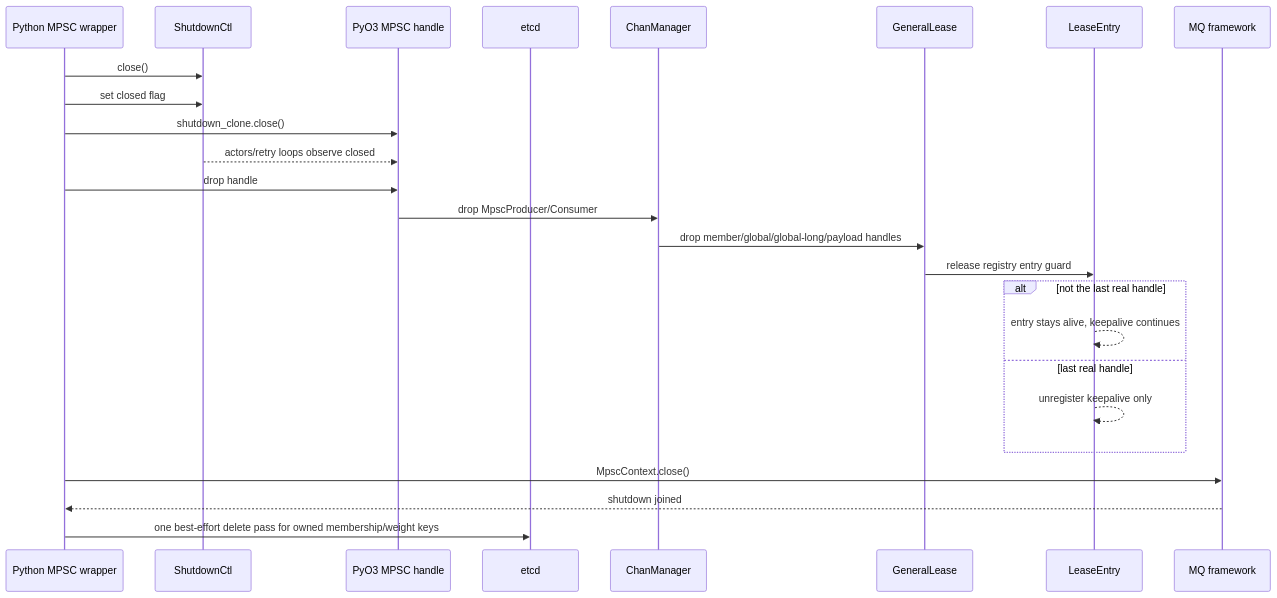
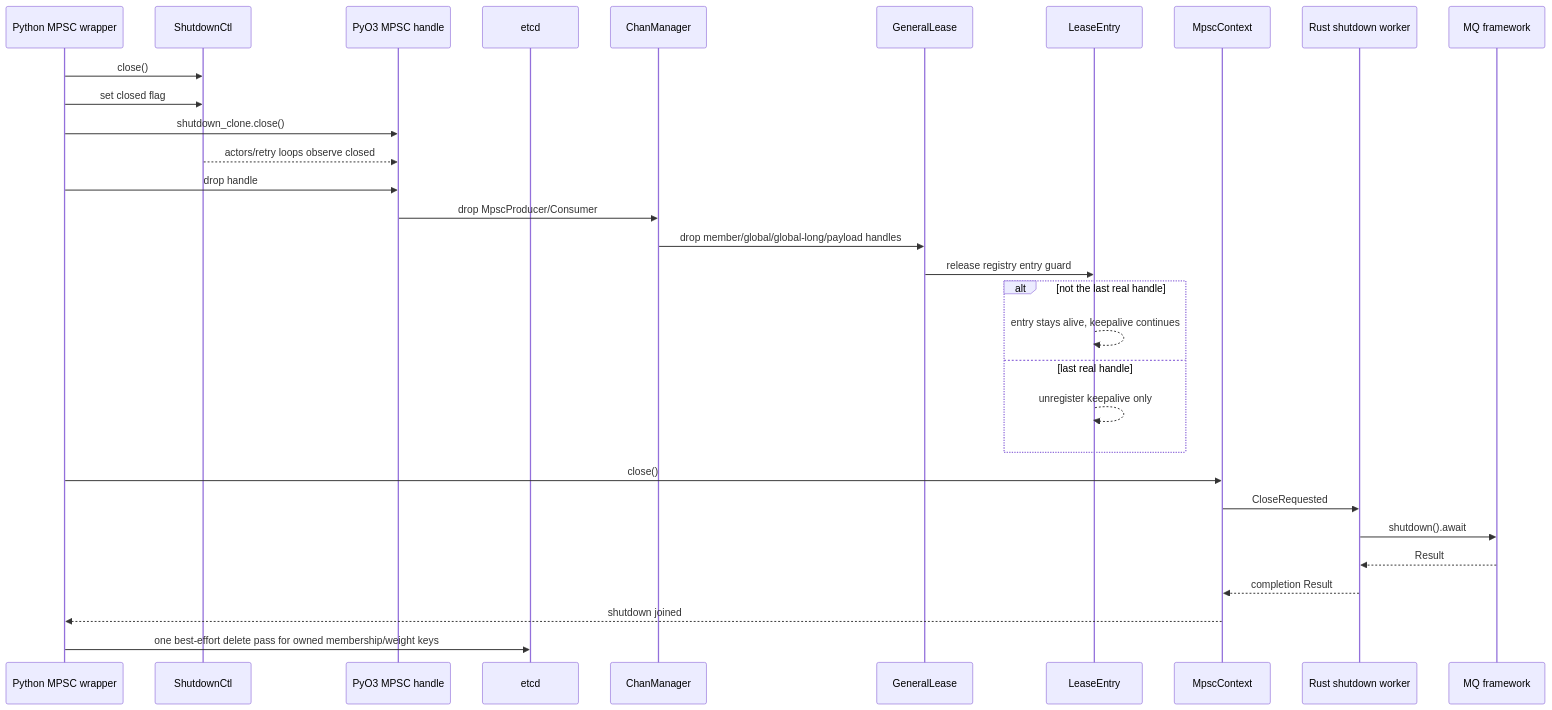
Before and after one commit to Tele-AI/Fluxon: the tenth of 11 diagrams in fluxon_doc_cn/design/mq_1_生命周期与租约设计.md, drawn with Mermaid. The commit also changed other lines of this file and 17 other files, not shown here.

````diff
--- a/fluxon_doc_cn/design/mq_1_生命周期与租约设计.md
+++ b/fluxon_doc_cn/design/mq_1_生命周期与租约设计.md
@@ -485,28 +529,34 @@
 ```mermaid
 sequenceDiagram
     participant Py as Python MPSC wrapper
     participant S as ShutdownCtl
     participant H as PyO3 MPSC handle
     participant E as etcd
     participant CM as ChanManager
     participant GL as GeneralLease
     participant LE as LeaseEntry
+    participant Ctx as MpscContext
+    participant W as Rust shutdown worker
     participant FW as MQ framework
 
     Py->>S: close()
     Py->>S: set closed flag
     Py->>H: shutdown_clone.close()
     S-->>H: actors/retry loops observe closed
     Py->>H: drop handle
     H->>CM: drop MpscProducer/Consumer
     CM->>GL: drop member/global/global-long/payload handles
     GL->>LE: release registry entry guard
     alt not the last real handle
         LE-->>LE: entry stays alive, keepalive continues
     else last real handle
         LE-->>LE: unregister keepalive only
     end
-    Py->>FW: MpscContext.close()
-    FW-->>Py: shutdown joined
+    Py->>Ctx: close()
+    Ctx->>W: CloseRequested
+    W->>FW: shutdown().await
+    FW-->>W: Result
+    W-->>Ctx: completion Result
+    Ctx-->>Py: shutdown joined
     Py->>E: one best-effort delete pass for owned membership/weight keys
 ```
````
